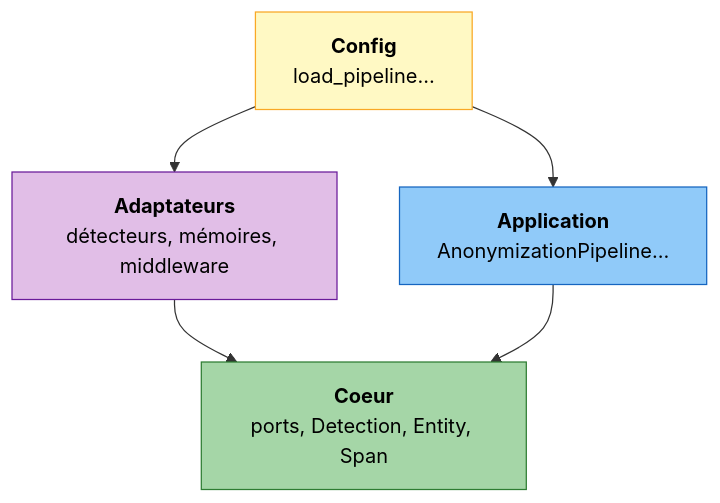
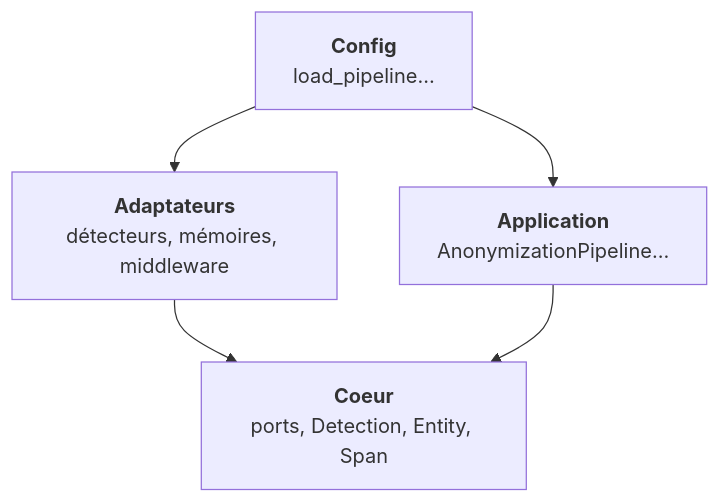
One commit to Athroniaeth/piighost changed the first of 4 diagrams in docs/fr/architecture.md. Above: the diagram before and after it, drawn with Mermaid. The commit also changed other lines of this file and 139 other files, not shown here.

````diff
--- a/docs/fr/architecture.md
+++ b/docs/fr/architecture.md
@@ -28,19 +28,14 @@
 ```mermaid
 flowchart TB
-    classDef core fill:#A5D6A7,stroke:#2E7D32,color:#000
-    classDef app fill:#90CAF9,stroke:#1565C0,color:#000
-    classDef adapter fill:#E1BEE7,stroke:#6A1B9A,color:#000
-    classDef config fill:#FFF9C4,stroke:#F9A825,color:#000
-
     CFG["`**Config**
-    load_pipeline…`"]:::config
+    load_pipeline…`"]
     ADP["`**Adaptateurs**
-    détecteurs, mémoires, middleware`"]:::adapter
+    détecteurs, mémoires, middleware`"]
     APP["`**Application**
-    AnonymizationPipeline…`"]:::app
+    AnonymizationPipeline…`"]
     CORE["`**Coeur**
-    ports, Detection, Entity, Span`"]:::core
+    ports, Detection, Entity, Span`"]
 
     CFG --> ADP & APP
     ADP & APP --> CORE
 ```
````
